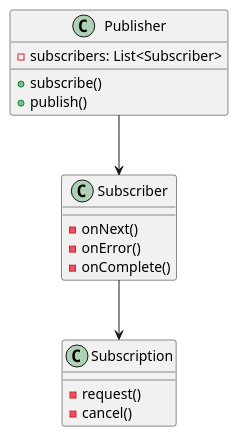
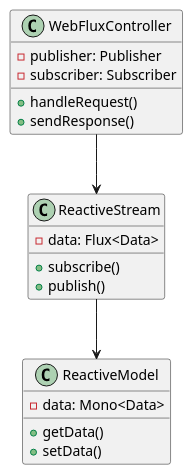
One commit to fine5351/info-sync changed the first of 3 diagrams in doc/learning/lib/spring_webflux_tutorial.md. Above: the diagram before and after it, drawn with PlantUML. The commit also changed other lines of this file and 4 other files, not shown here.

````diff
--- a/doc/learning/lib/spring_webflux_tutorial.md
+++ b/doc/learning/lib/spring_webflux_tutorial.md
@@ -12,23 +12,25 @@
 ```plantuml
 @startuml
-class Publisher {
-    - subscribers: List<Subscriber>
+class WebFluxController {
+    - publisher: Publisher
+    - subscriber: Subscriber
+    + handleRequest()
+    + sendResponse()
+}
+
+class ReactiveStream {
+    - data: Flux<Data>
     + subscribe()
     + publish()
 }
 
-class Subscriber {
-    - onNext()
-    - onError()
-    - onComplete()
+class ReactiveModel {
+    - data: Mono<Data>
+    + getData()
+    + setData()
 }
 
-class Subscription {
-    - request()
-    - cancel()
-}
-
-Publisher --> Subscriber
-Subscriber --> Subscription
+WebFluxController --> ReactiveStream
+ReactiveStream --> ReactiveModel
 @enduml
 ```
````
